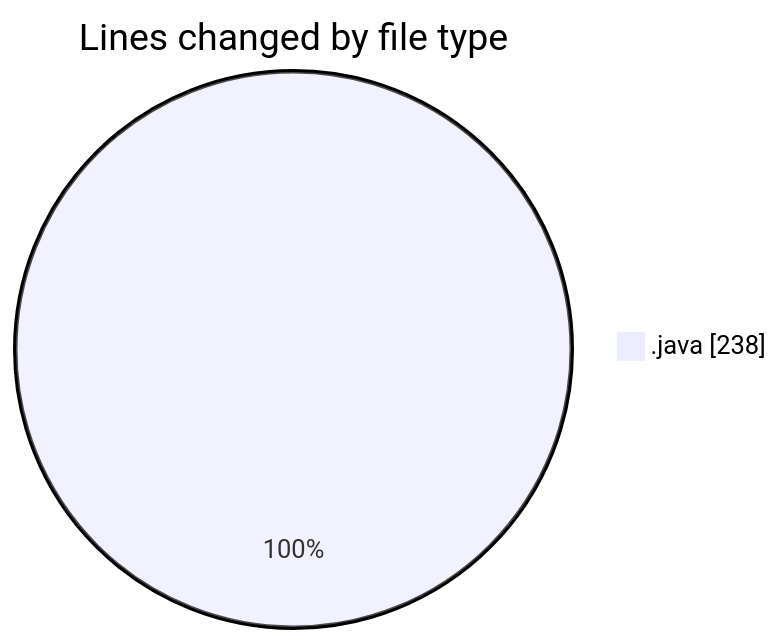
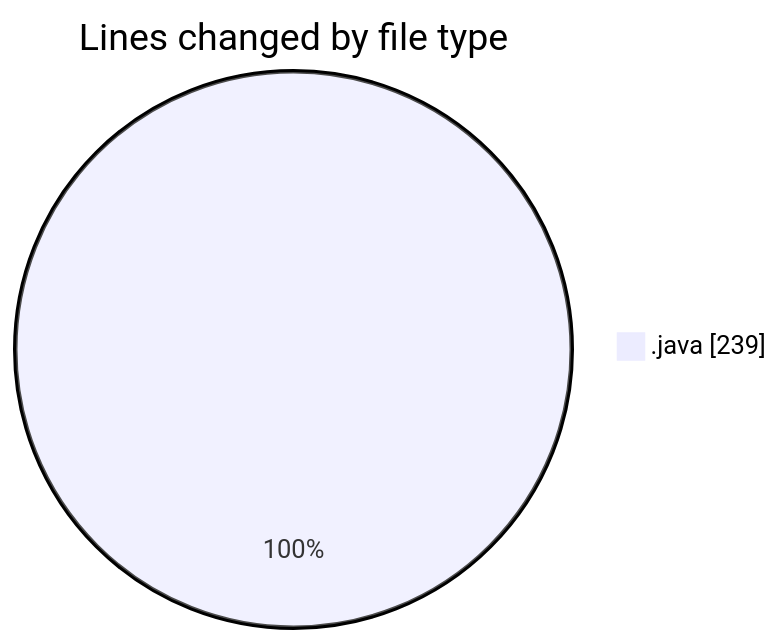
The first of 2 diagrams in 2026-10-25/taskforge/README.md (hasnaa123/code-tracking), drawn with Mermaid before and after one commit. The commit also changed other lines of this file and 1 other file, not shown here.

````diff
--- a/2026-10-25/taskforge/README.md
+++ b/2026-10-25/taskforge/README.md
@@ -22,5 +22,5 @@
 ```mermaid
 pie showData
 title Lines changed by file type
-".java" : 238
+".java" : 239
 ```
````
